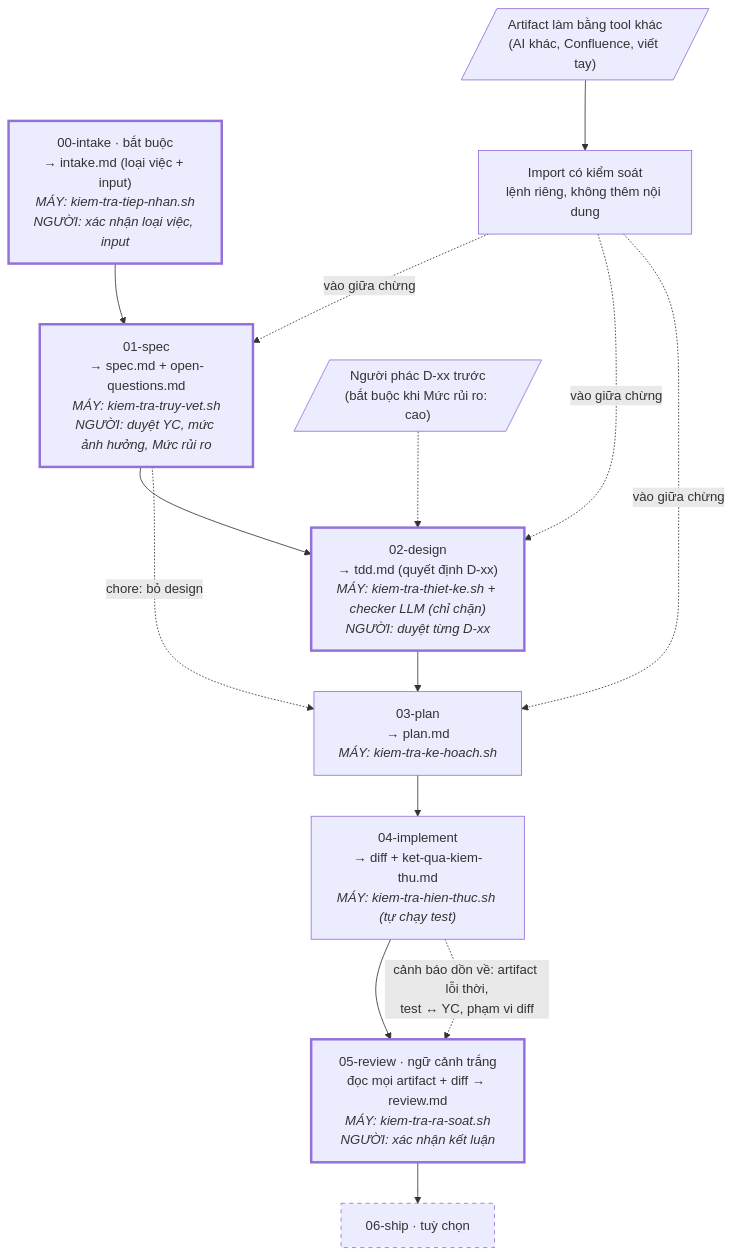
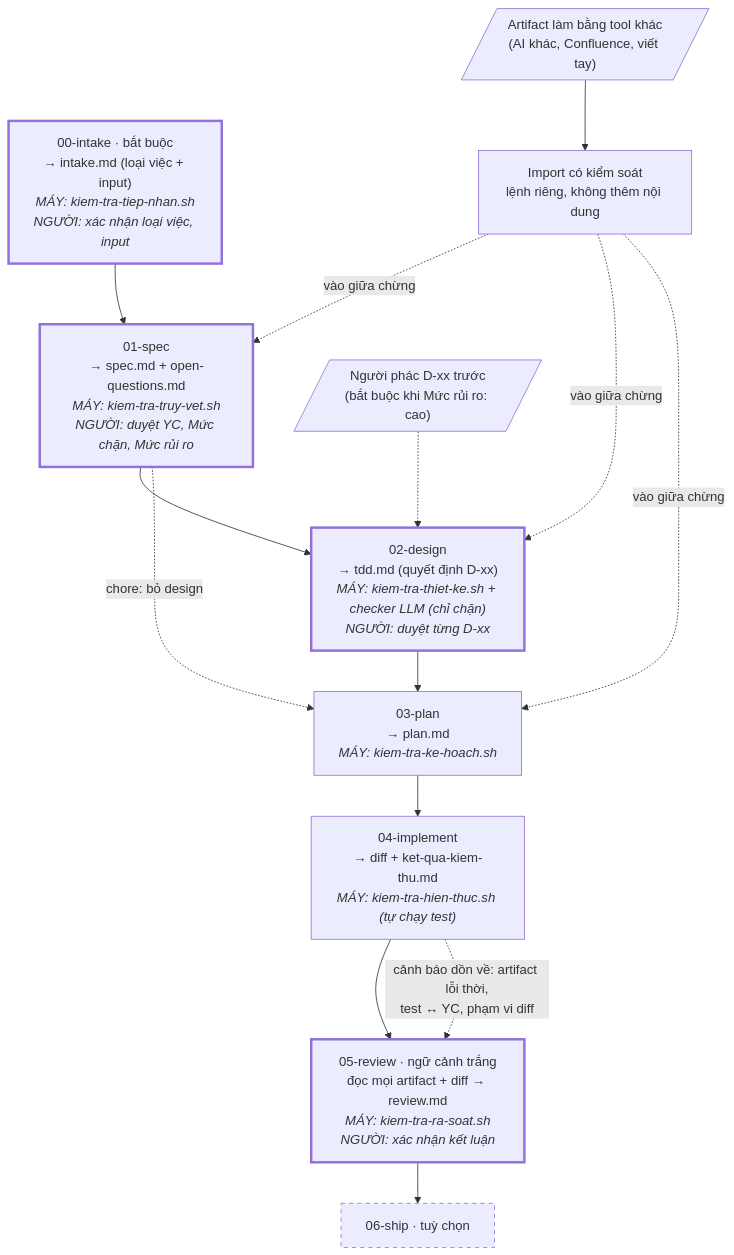
One commit to dangminhphuc/agent-workflow changed the diagram in README.md. Above: the diagram before and after it, drawn with Mermaid. The commit also changed other lines of this file and 24 other files, not shown here.

First line of the commit message:
Điểm mù có 3 mức chặn và lệnh /open-questions dẫn người chốt

````diff
--- a/README.md
+++ b/README.md
@@ -43,31 +43,31 @@
 ```mermaid
 flowchart TD
     INTAKE["00-intake · bắt buộc<br/>→ intake.md (loại việc + input)<br/><i>MÁY: kiem-tra-tiep-nhan.sh</i><br/><i>NGƯỜI: xác nhận loại việc, input</i>"]
-    SPEC["01-spec<br/>→ spec.md + open-questions.md<br/><i>MÁY: kiem-tra-truy-vet.sh</i><br/><i>NGƯỜI: duyệt YC, mức ảnh hưởng, Mức rủi ro</i>"]
+    SPEC["01-spec<br/>→ spec.md + open-questions.md<br/><i>MÁY: kiem-tra-truy-vet.sh</i><br/><i>NGƯỜI: duyệt YC, Mức chặn, Mức rủi ro</i>"]
     PHAC[/"Người phác D-xx trước<br/>(bắt buộc khi Mức rủi ro: cao)"/]
     DESIGN["02-design<br/>→ tdd.md (quyết định D-xx)<br/><i>MÁY: kiem-tra-thiet-ke.sh + checker LLM (chỉ chặn)</i><br/><i>NGƯỜI: duyệt từng D-xx</i>"]
     PLAN["03-plan<br/>→ plan.md<br/><i>MÁY: kiem-tra-ke-hoach.sh</i>"]
     IMPL["04-implement<br/>→ diff + ket-qua-kiem-thu.md<br/><i>MÁY: kiem-tra-hien-thuc.sh (tự chạy test)</i>"]
     REVIEW["05-review · ngữ cảnh trắng<br/>đọc mọi artifact + diff → review.md<br/><i>MÁY: kiem-tra-ra-soat.sh</i><br/><i>NGƯỜI: xác nhận kết luận</i>"]
     SHIP["06-ship · tuỳ chọn"]
 
     NGOAI[/"Artifact làm bằng tool khác<br/>(AI khác, Confluence, viết tay)"/]
     IMPORT["Import có kiểm soát<br/>lệnh riêng, không thêm nội dung"]
 
     INTAKE --> SPEC --> DESIGN
     PHAC -.-> DESIGN
     DESIGN --> PLAN --> IMPL --> REVIEW --> SHIP
     SPEC -. "chore: bỏ design" .-> PLAN
 
     IMPL -. "cảnh báo dồn về: artifact lỗi thời,<br/>test ↔ YC, phạm vi diff" .-> REVIEW
 
     NGOAI --> IMPORT
     IMPORT -. "vào giữa chừng" .-> SPEC
     IMPORT -. "vào giữa chừng" .-> DESIGN
     IMPORT -. "vào giữa chừng" .-> PLAN
 
     classDef nguoi stroke-width:3px
     classDef tuychon stroke-dasharray:5 5
     class INTAKE,SPEC,DESIGN,REVIEW nguoi
     class SHIP tuychon
 ```
````
